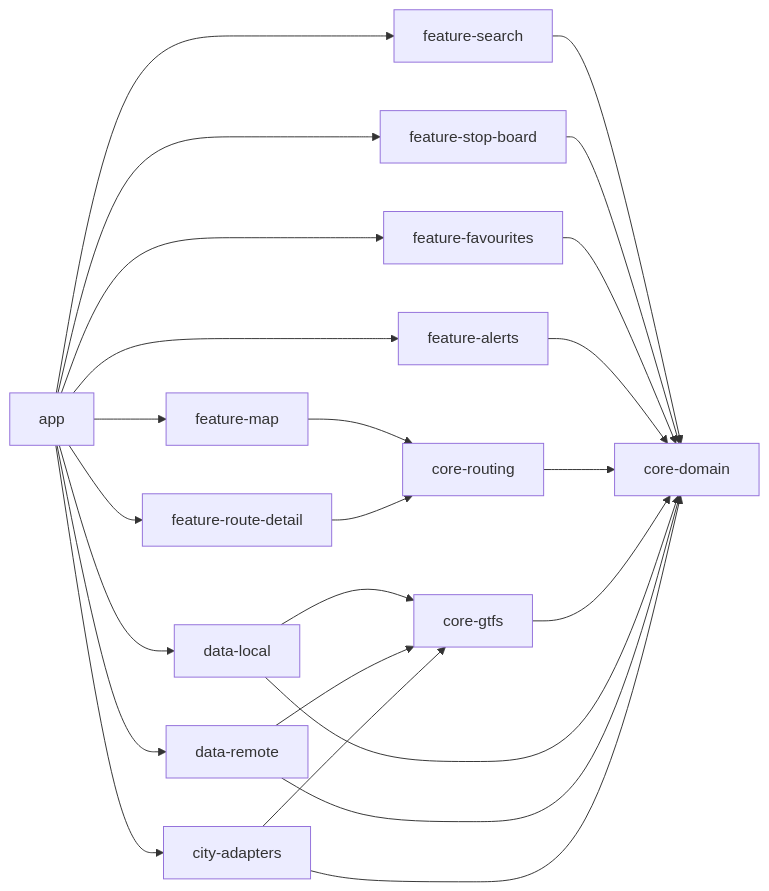
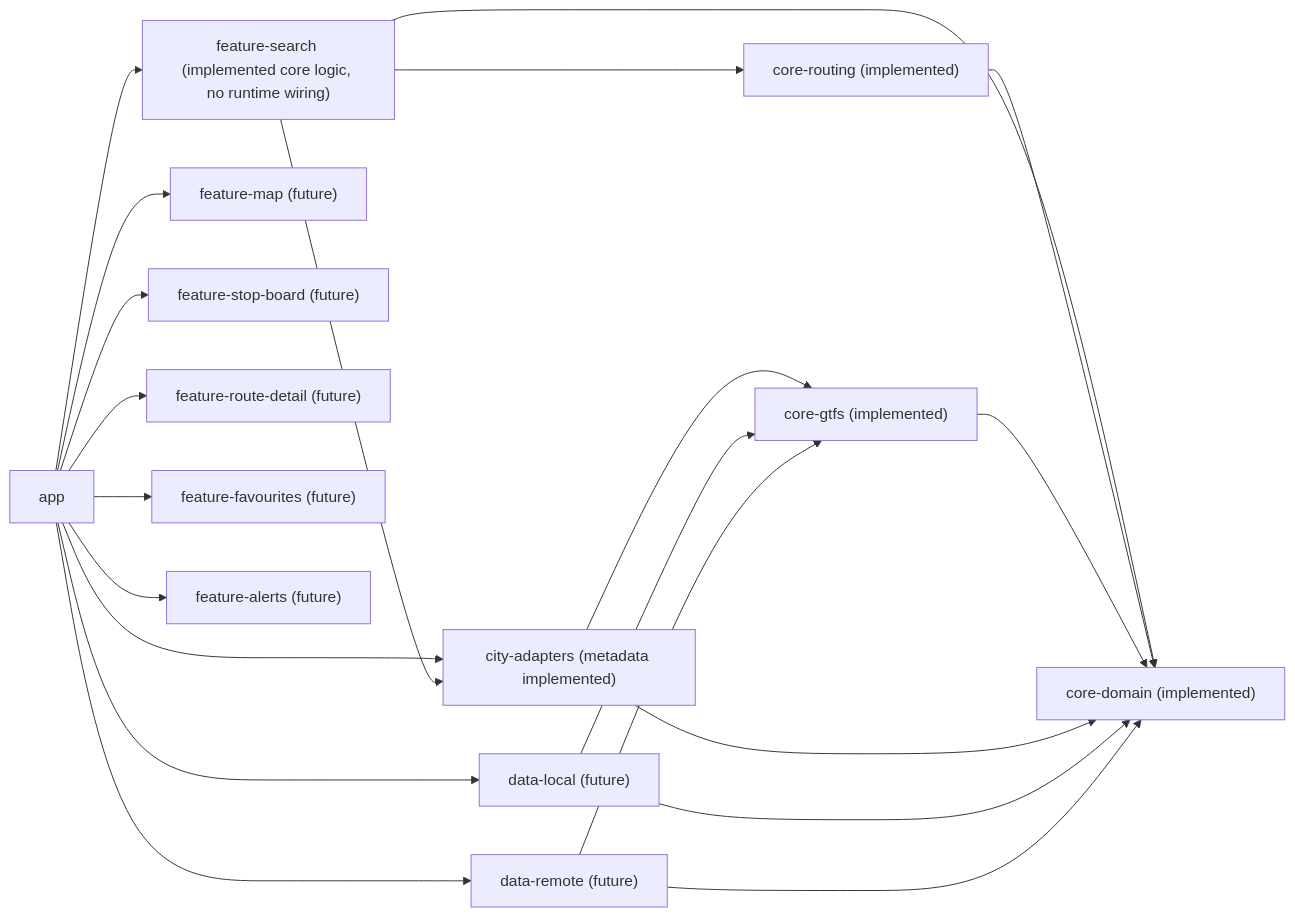
Before and after one commit to Fuuduuu/ANDROBUSS: the diagram in docs/CODEBASE_IMPACT_MAP.md, drawn with Mermaid. The commit also changed other lines of this file and 8 other files, not shown here.

Commit message:
docs: sync enrichment architecture diagrams

````diff
--- a/docs/CODEBASE_IMPACT_MAP.md
+++ b/docs/CODEBASE_IMPACT_MAP.md
@@ -73,29 +69,26 @@
 ```mermaid
 flowchart LR
-    app --> feature_map["feature-map"]
-    app --> feature_search["feature-search"]
-    app --> feature_stop_board["feature-stop-board"]
-    app --> feature_route_detail["feature-route-detail"]
-    app --> feature_favourites["feature-favourites"]
-    app --> feature_alerts["feature-alerts"]
-    app --> data_local["data-local"]
-    app --> data_remote["data-remote"]
-    app --> city_adapters["city-adapters"]
+    app --> feature_search["feature-search (implemented core logic, no runtime wiring)"]
+    app --> feature_map["feature-map (future)"]
+    app --> feature_stop_board["feature-stop-board (future)"]
+    app --> feature_route_detail["feature-route-detail (future)"]
+    app --> feature_favourites["feature-favourites (future)"]
+    app --> feature_alerts["feature-alerts (future)"]
+    app --> data_local["data-local (future)"]
+    app --> data_remote["data-remote (future)"]
+    app --> city_adapters["city-adapters (metadata implemented)"]
 
-    feature_map --> core_routing["core-routing"]
-    feature_route_detail --> core_routing
-    feature_search --> core_domain["core-domain"]
-    feature_stop_board --> core_domain
-    feature_favourites --> core_domain
-    feature_alerts --> core_domain
+    feature_search --> core_domain["core-domain (implemented)"]
+    feature_search --> core_routing["core-routing (implemented)"]
+    feature_search --> city_adapters
 
     core_routing --> core_domain
-    core_gtfs["core-gtfs"] --> core_domain
+    core_gtfs["core-gtfs (implemented)"] --> core_domain
 
+    city_adapters --> core_gtfs
+    city_adapters --> core_domain
+    data_local --> core_gtfs
     data_local --> core_domain
-    data_local --> core_gtfs
+    data_remote --> core_gtfs
     data_remote --> core_domain
-    data_remote --> core_gtfs
-    city_adapters --> core_domain
-    city_adapters --> core_gtfs
 ```
````
